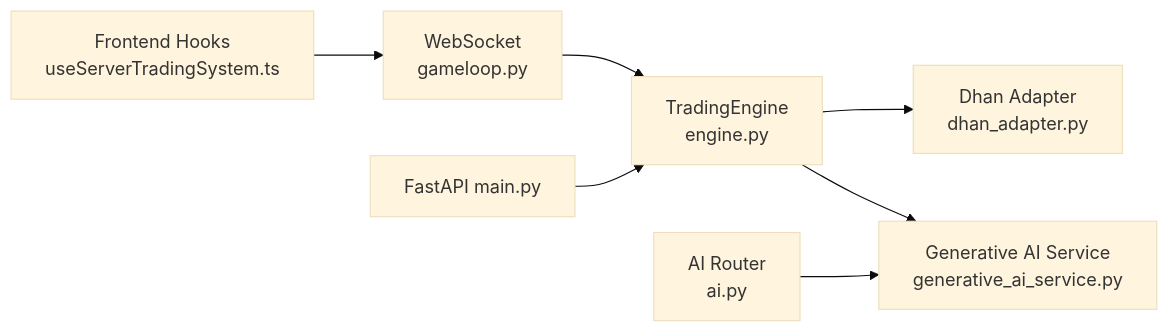
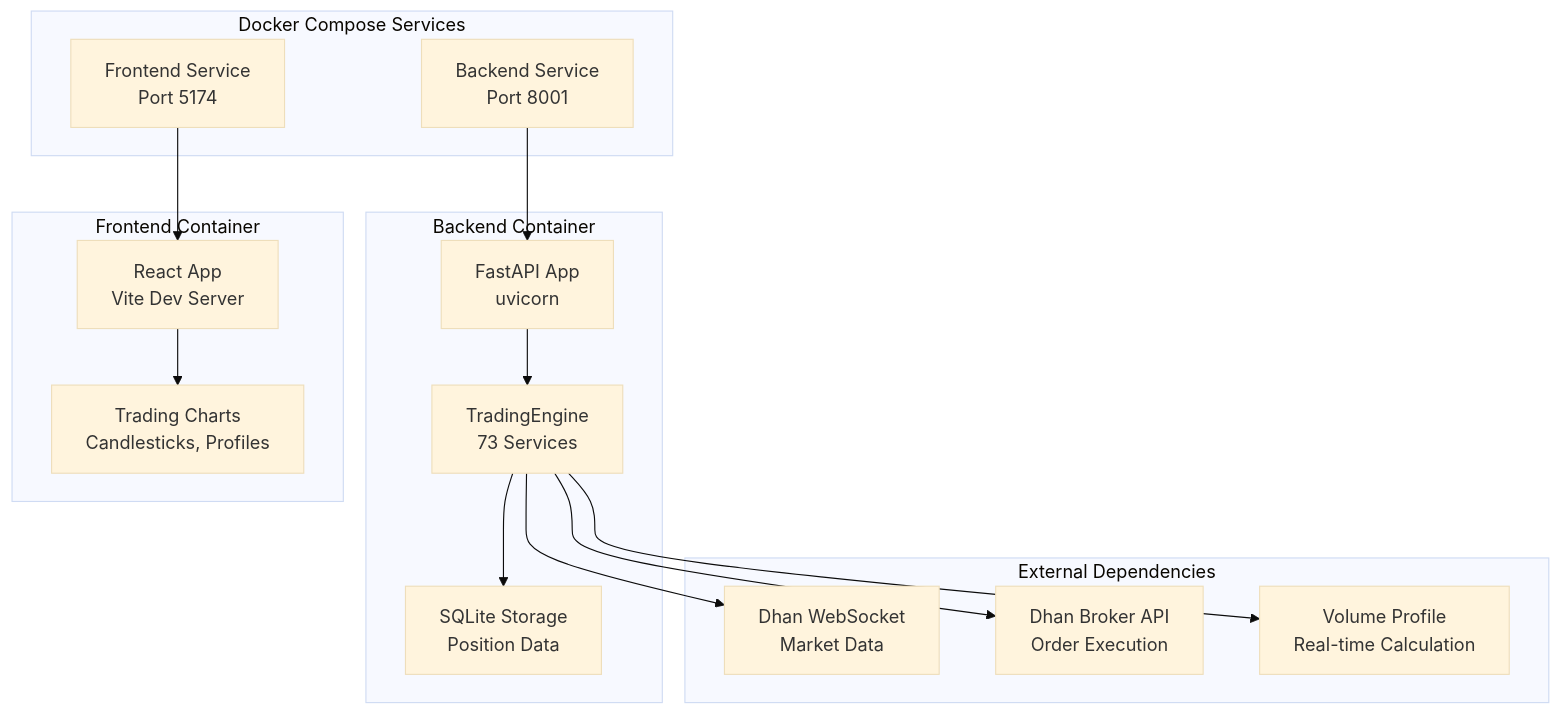
Before and after one commit to gemrajkhatry-maker/v5-of-glassytrade-ai: the fourth of 4 diagrams in .qoder/repowiki/en/content/System Overview/System Overview.md, drawn with Mermaid (base theme). The commit also changed other lines of this file and 930 other files, not shown here.

````diff
--- a/.qoder/repowiki/en/content/System Overview/System Overview.md
+++ b/.qoder/repowiki/en/content/System Overview/System Overview.md
@@ -283,9 +221,29 @@
 ```mermaid
-graph LR
-FE["Frontend Hooks<br/>useServerTradingSystem.ts"] --> WS["WebSocket<br/>gameloop.py"]
-WS --> ENG["TradingEngine<br/>engine.py"]
-ENG --> DHA["Dhan Adapter<br/>dhan_adapter.py"]
-ENG --> AIS["Generative AI Service<br/>generative_ai_service.py"]
-BE_MAIN["FastAPI main.py"] --> ENG
-BE_AI["AI Router<br/>ai.py"] --> AIS
+graph TB
+subgraph "Docker Compose Services"
+DC_Backend["Backend Service<br/>Port 8001"]
+DC_Frontend["Frontend Service<br/>Port 5174"]
+end
+subgraph "Backend Container"
+BE_Main["FastAPI App<br/>uvicorn"]
+BE_Engine["TradingEngine<br/>73 Services"]
+BE_DB["SQLite Storage<br/>Position Data"]
+end
+subgraph "Frontend Container"
+FE_App["React App<br/>Vite Dev Server"]
+FE_Charts["Trading Charts<br/>Candlesticks, Profiles"]
+end
+subgraph "External Dependencies"
+EXT_Dhan["Dhan WebSocket<br/>Market Data"]
+EXT_Broker["Dhan Broker API<br/>Order Execution"]
+EXT_Volume["Volume Profile<br/>Real-time Calculation"]
+end
+DC_Backend --> BE_Main
+BE_Main --> BE_Engine
+BE_Engine --> BE_DB
+DC_Frontend --> FE_App
+FE_App --> FE_Charts
+BE_Engine --> EXT_Dhan
+BE_Engine --> EXT_Broker
+BE_Engine --> EXT_Volume
 ```
````
